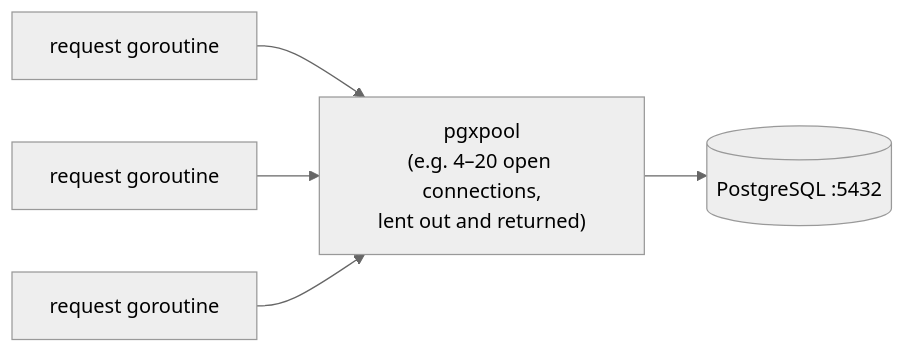
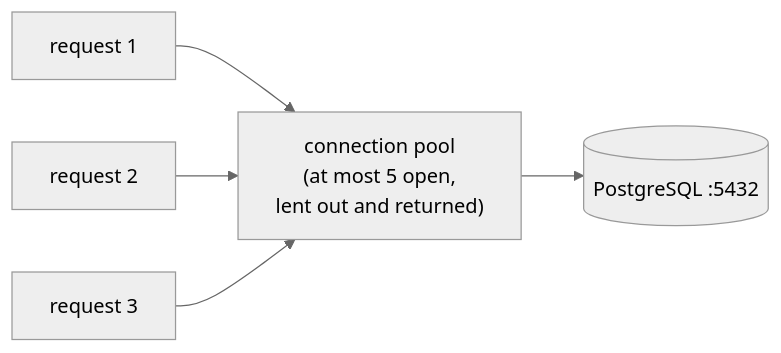
The second of 3 diagrams in docs/data/postgres-from-go.mdx (jawwadzafar/zero-to-prod), drawn with Mermaid (neutral theme) before and after one commit. The commit also changed other lines of this file and 3 other files, not shown here.

````diff
--- a/docs/data/postgres-from-go.mdx
+++ b/docs/data/postgres-from-go.mdx
@@ -27,7 +50,7 @@
 ```mermaid
 flowchart LR
-    R1["request goroutine"] --> P
-    R2["request goroutine"] --> P
-    R3["request goroutine"] --> P
-    P["pgxpool<br/>(e.g. 4–20 open connections,<br/>lent out and returned)"] --> DB[("PostgreSQL :5432")]
+    R1["request 1"] --> P
+    R2["request 2"] --> P
+    R3["request 3"] --> P
+    P["connection pool<br/>(at most 5 open,<br/>lent out and returned)"] --> DB[("PostgreSQL :5432")]
 ```
````
